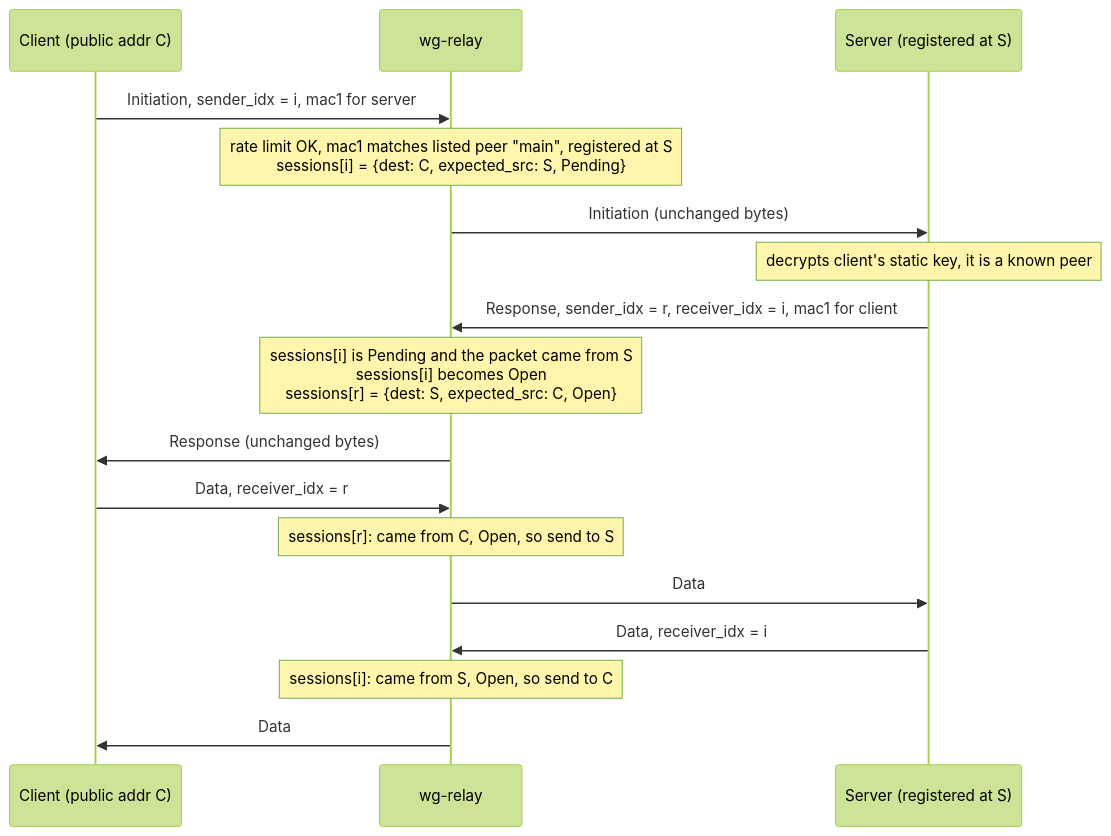
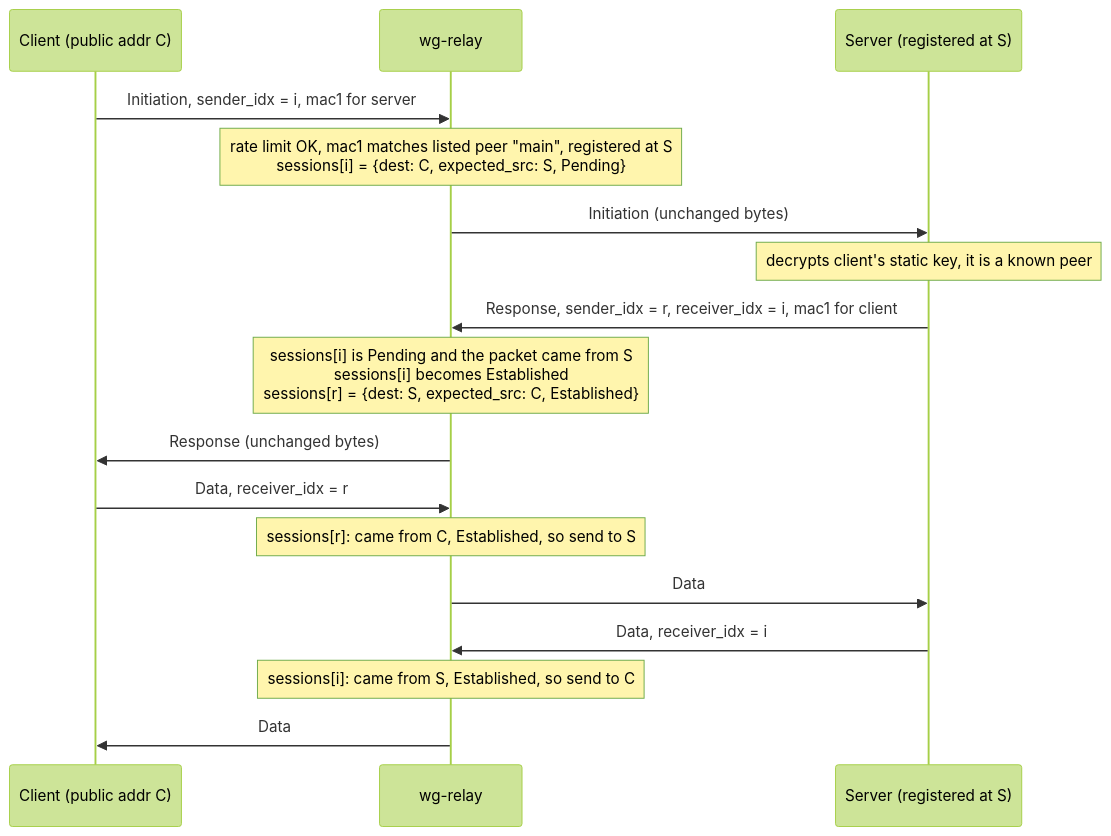
Diagram 11 of 23 in docs/how-it-works.md (3alpha/wg-relay), drawn with Mermaid (forest theme) before and after one commit. The commit also changed other lines of this file and 16 other files, not shown here.

First line of the commit message:
refactor(tables): call the open session state established

````diff
--- a/docs/how-it-works.md
+++ b/docs/how-it-works.md
@@ -412,19 +412,19 @@
 ```mermaid
 sequenceDiagram
     participant C as Client (public addr C)
     participant R as wg-relay
     participant S as Server (registered at S)
     C->>R: Initiation, sender_idx = i, mac1 for server
     Note over R: rate limit OK, mac1 matches listed peer "main", registered at S<br/>sessions[i] = {dest: C, expected_src: S, Pending}
     R->>S: Initiation (unchanged bytes)
     Note over S: decrypts client's static key, it is a known peer
     S->>R: Response, sender_idx = r, receiver_idx = i, mac1 for client
-    Note over R: sessions[i] is Pending and the packet came from S<br/>sessions[i] becomes Open<br/>sessions[r] = {dest: S, expected_src: C, Open}
+    Note over R: sessions[i] is Pending and the packet came from S<br/>sessions[i] becomes Established<br/>sessions[r] = {dest: S, expected_src: C, Established}
     R->>C: Response (unchanged bytes)
     C->>R: Data, receiver_idx = r
-    Note over R: sessions[r]: came from C, Open, so send to S
+    Note over R: sessions[r]: came from C, Established, so send to S
     R->>S: Data
     S->>R: Data, receiver_idx = i
-    Note over R: sessions[i]: came from S, Open, so send to C
+    Note over R: sessions[i]: came from S, Established, so send to C
     R->>C: Data
 ```
````
